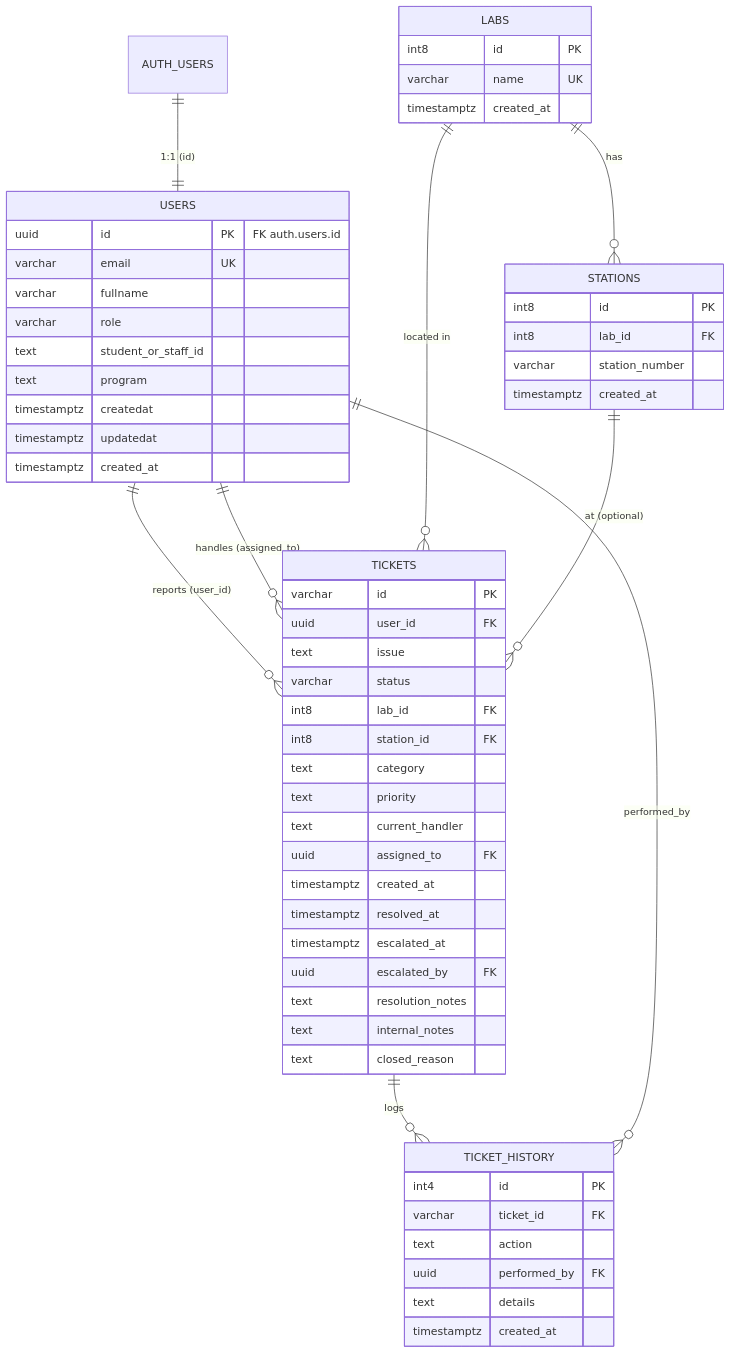
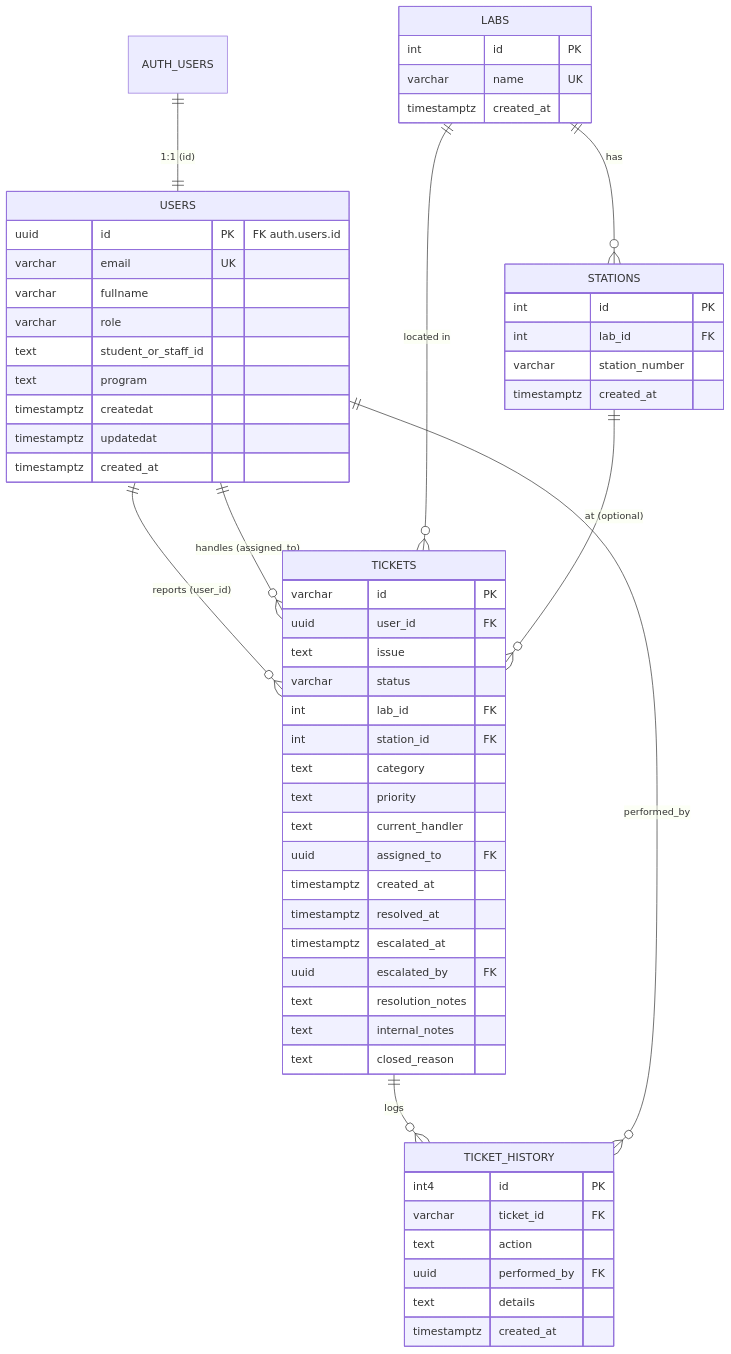
The fourth of 4 diagrams in docs/presentation/UML_DIAGRAMS.md (SeanixReal/Jobelonese), drawn with Mermaid before and after one commit. The commit also changed other lines of this file, not shown here.

Commit message:
Align presentation UML types with schema

````diff
--- a/docs/presentation/UML_DIAGRAMS.md
+++ b/docs/presentation/UML_DIAGRAMS.md
@@ -171,61 +171,61 @@
 ```mermaid
 erDiagram
     AUTH_USERS ||--|| USERS : "1:1 (id)"
     USERS ||--o{ TICKETS : "reports (user_id)"
     USERS ||--o{ TICKETS : "handles (assigned_to)"
     LABS ||--o{ STATIONS : "has"
     LABS ||--o{ TICKETS : "located in"
     STATIONS ||--o{ TICKETS : "at (optional)"
     TICKETS ||--o{ TICKET_HISTORY : "logs"
     USERS ||--o{ TICKET_HISTORY : "performed_by"
 
     USERS {
         uuid id PK "FK auth.users.id"
         varchar email UK
         varchar fullname
         varchar role
         text student_or_staff_id
         text program
         timestamptz createdat
         timestamptz updatedat
         timestamptz created_at
     }
     LABS {
-        int8 id PK
+        int id PK
         varchar name UK
         timestamptz created_at
     }
     STATIONS {
-        int8 id PK
-        int8 lab_id FK
+        int id PK
+        int lab_id FK
         varchar station_number
         timestamptz created_at
     }
     TICKETS {
         varchar id PK
         uuid user_id FK
         text issue
         varchar status
-        int8 lab_id FK
-        int8 station_id FK
+        int lab_id FK
+        int station_id FK
         text category
         text priority
         text current_handler
         uuid assigned_to FK
         timestamptz created_at
         timestamptz resolved_at
         timestamptz escalated_at
         uuid escalated_by FK
         text resolution_notes
         text internal_notes
         text closed_reason
     }
     TICKET_HISTORY {
         int4 id PK
         varchar ticket_id FK
         text action
         uuid performed_by FK
         text details
         timestamptz created_at
     }
 ```
````
